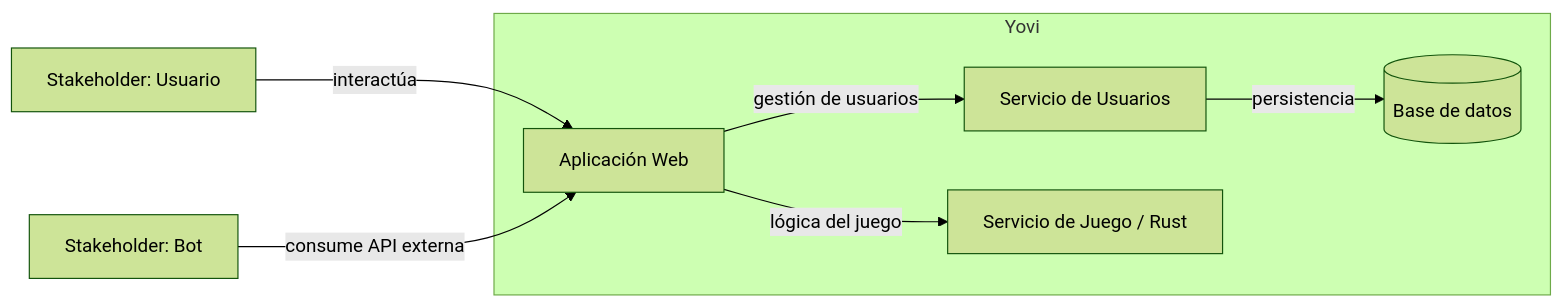
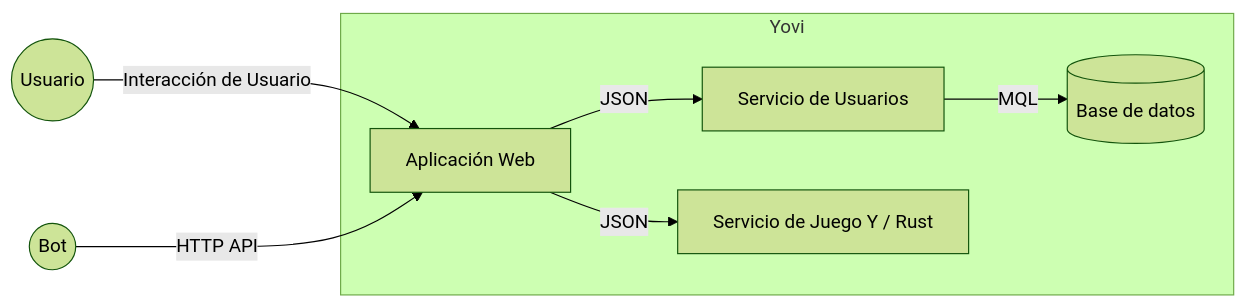
Before and after one commit to Arquisoft/yovi_es5c: the first of 4 diagrams in docs/src/05_building_block_view.adoc, drawn with Mermaid (forest theme). The commit also changed other lines of this file, not shown here.

```diff
--- a/docs/src/05_building_block_view.adoc
+++ b/docs/src/05_building_block_view.adoc
@@ -8,20 +8,20 @@
 [mermaid, "bb-level1-yovi", png]
 ----
 flowchart LR
-  U[Stakeholder: Usuario]
-  B[Stakeholder: Bot]
+  U((Usuario))
+  B((Bot))
 
   subgraph Y[Yovi]
     W[Aplicación Web]
     US[Servicio de Usuarios]
-    G[Servicio de Juego / Rust]
+    G[Servicio de Juego Y / Rust]
     DB[(Base de datos)]
   end
 
-  U -->|interactúa| W
-  B -->|consume API externa| W
+  U -->|Interacción de Usuario| W
+  B -->|HTTP API| W
 
-  W -->|gestión de usuarios| US
-  W -->|lógica del juego| G
-  US -->|persistencia| DB
+  W -->|JSON| US
+  W -->|JSON| G
+  US -->|MQL| DB
 ----
```
